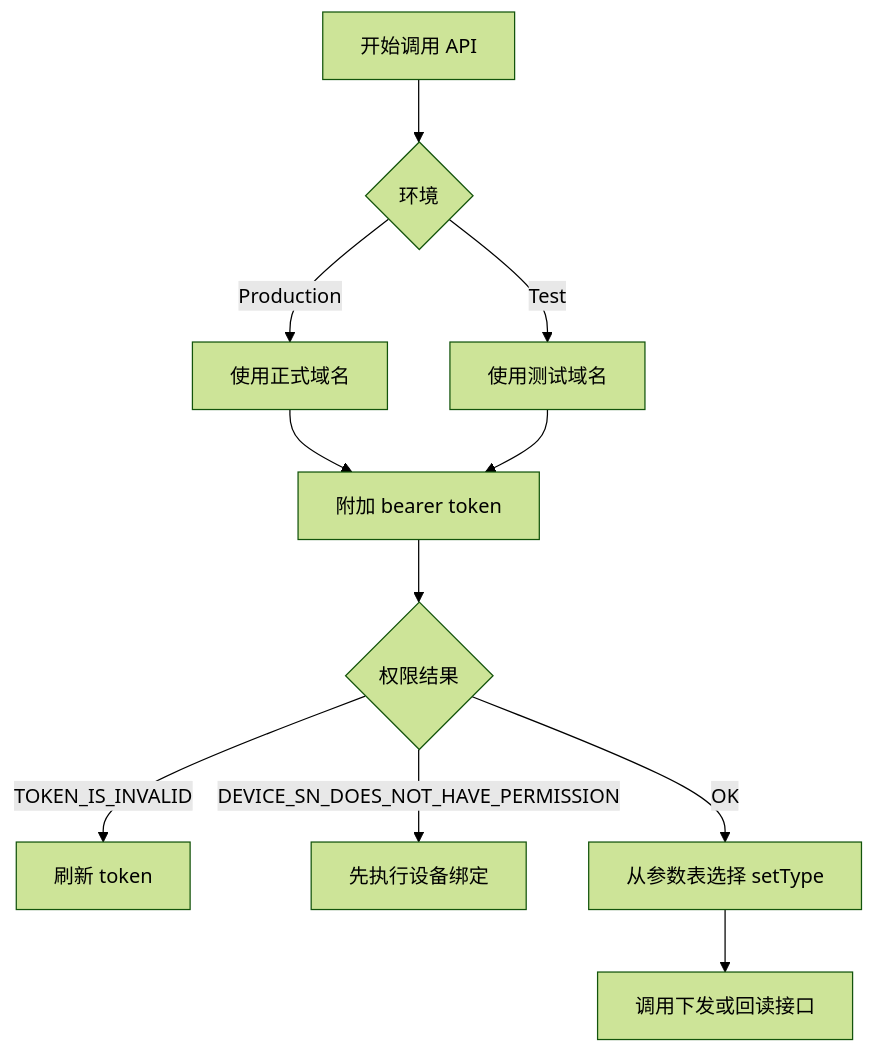
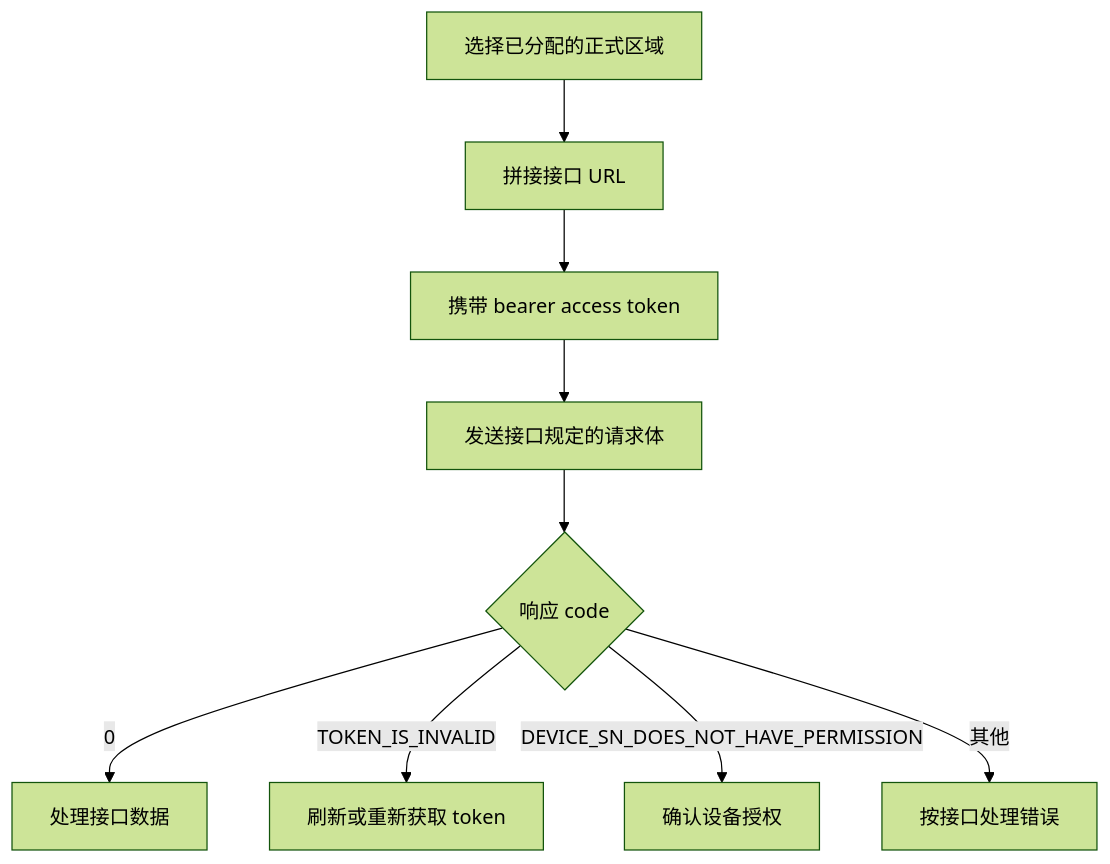
One commit to EugeneJian/growatt-unified-api changed the first of 2 diagrams in Growatt API/OPENAPI.zh-CN/10_global_params.md. Above: the diagram before and after it, drawn with Mermaid (forest theme). The commit also changed other lines of this file and 46 other files, not shown here.

````diff
--- a/Growatt API/OPENAPI.zh-CN/10_global_params.md
+++ b/Growatt API/OPENAPI.zh-CN/10_global_params.md
@@ -17,13 +14,11 @@
 ```mermaid
 flowchart TD
-    A["开始调用 API"] --> B{"环境"}
-    B -->|"Production"| C["使用正式域名"]
-    B -->|"Test"| D["使用测试域名"]
-    C --> E["附加 bearer token"]
-    D --> E
-    E --> F{"权限结果"}
-    F -->|"TOKEN_IS_INVALID"| G["刷新 token"]
-    F -->|"DEVICE_SN_DOES_NOT_HAVE_PERMISSION"| H["先执行设备绑定"]
-    F -->|"OK"| I["从参数表选择 setType"]
-    I --> J["调用下发或回读接口"]
+    A["选择已分配的正式区域"] --> B["拼接接口 URL"]
+    B --> C["携带 bearer access token"]
+    C --> D["发送接口规定的请求体"]
+    D --> E{"响应 code"}
+    E -->|"0"| F["处理接口数据"]
+    E -->|"TOKEN_IS_INVALID"| G["刷新或重新获取 token"]
+    E -->|"DEVICE_SN_DOES_NOT_HAVE_PERMISSION"| H["确认设备授权"]
+    E -->|"其他"| I["按接口处理错误"]
 ```
````
